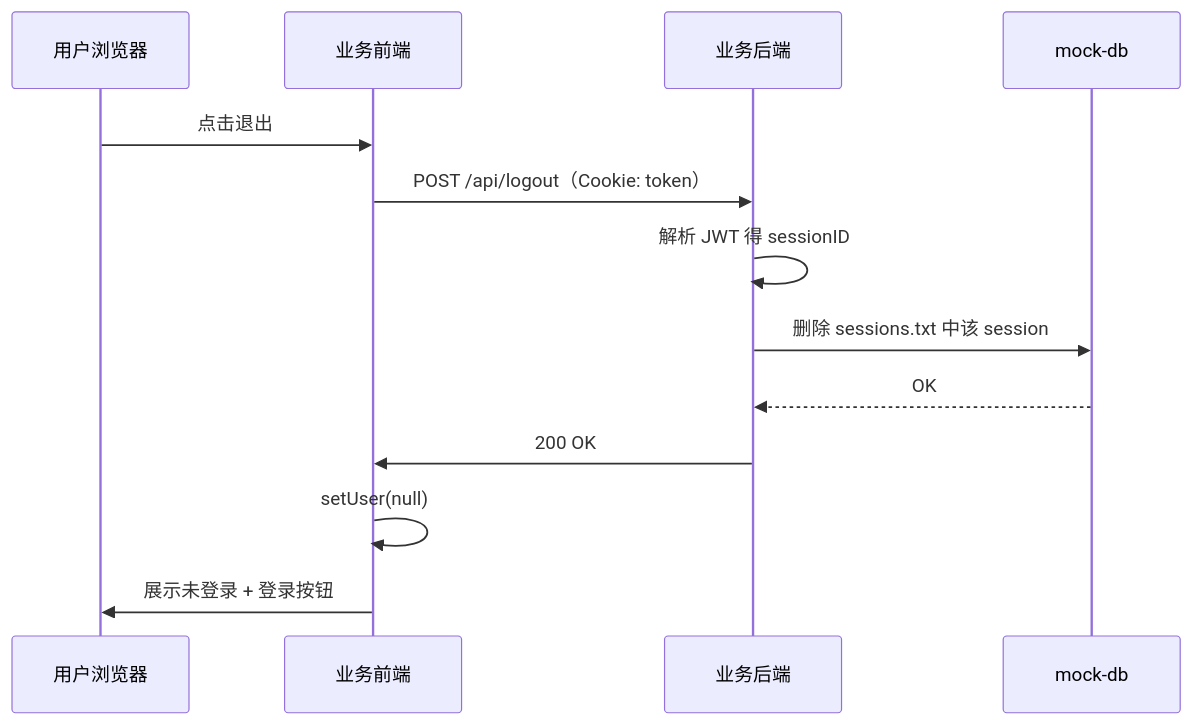
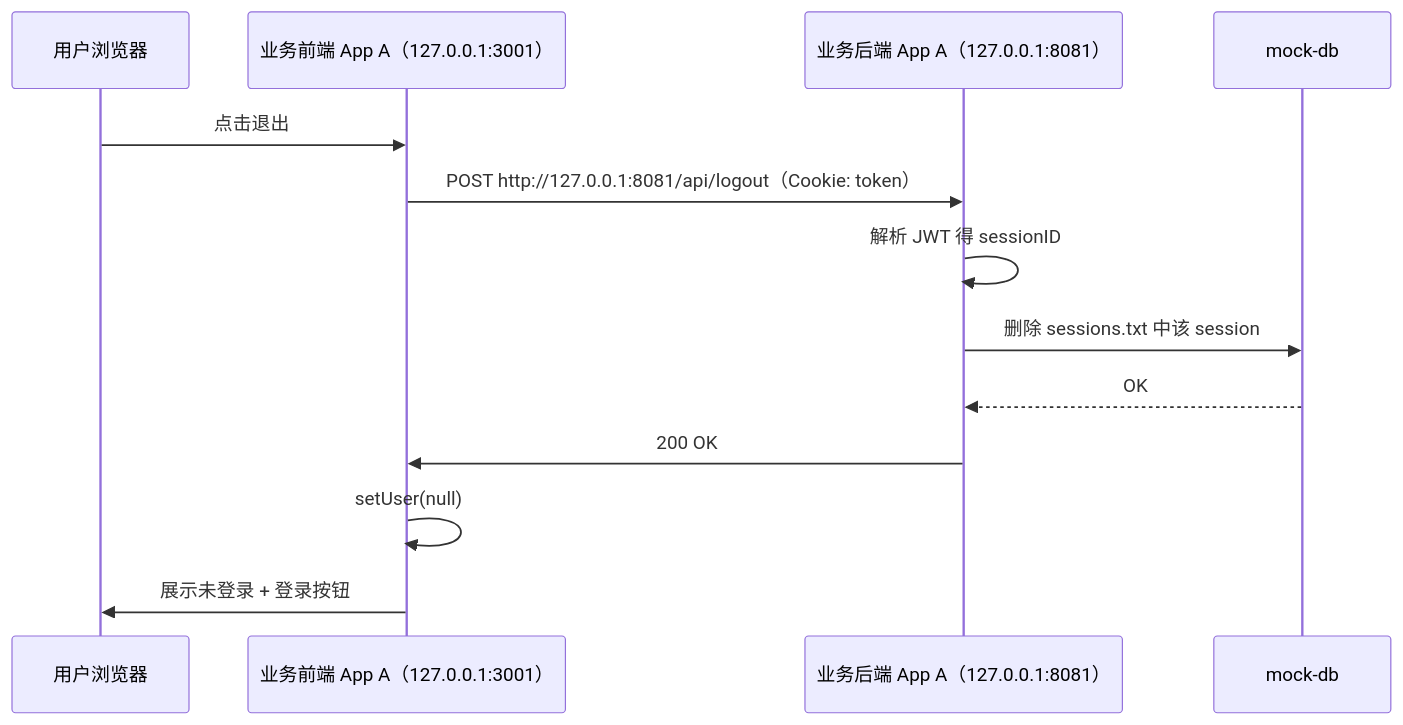
The third of 3 diagrams in sso/README.md (gw-gong/demo), drawn with Mermaid before and after one commit. The commit also changed other lines of this file, not shown here.

````diff
--- a/sso/README.md
+++ b/sso/README.md
@@ -84,16 +100,16 @@
 ```mermaid
 sequenceDiagram
   participant U as 用户浏览器
-  participant F as 业务前端
-  participant B as 业务后端
+  participant F as 业务前端 App A（127.0.0.1:3001）
+  participant B as 业务后端 App A（127.0.0.1:8081）
   participant DB as mock-db
 
   U->>F: 点击退出
-  F->>B: POST /api/logout（Cookie: token）
+  F->>B: POST http://127.0.0.1:8081/api/logout（Cookie: token）
   B->>B: 解析 JWT 得 sessionID
   B->>DB: 删除 sessions.txt 中该 session
   DB-->>B: OK
   B->>F: 200 OK
   F->>F: setUser(null)
   F->>U: 展示未登录 + 登录按钮
 ```
````
